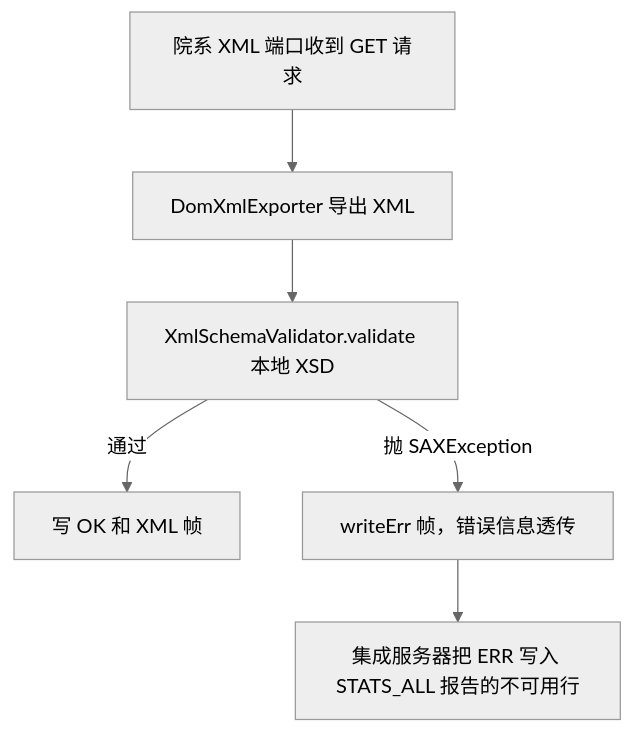
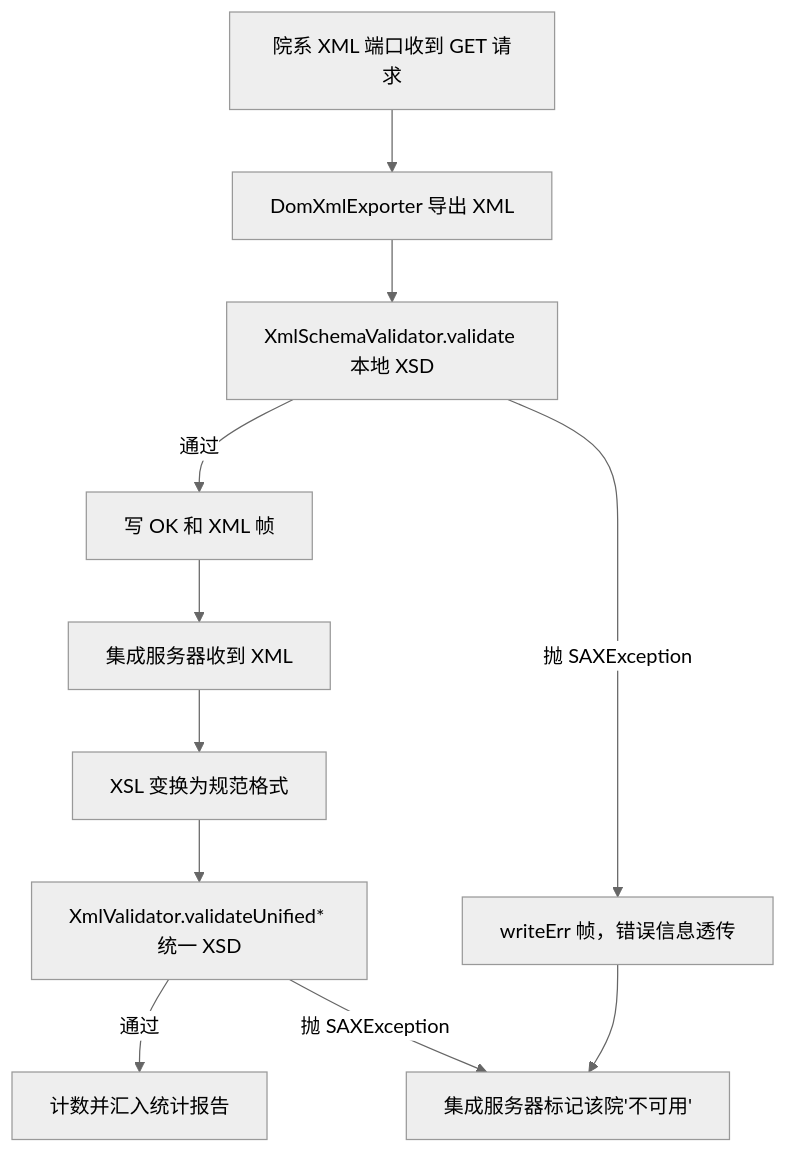
One commit to Yaelnju/integrated-edu changed the ninth of 9 diagrams in docs/报告.md. Above: the diagram before and after it, drawn with Mermaid (neutral theme). The commit also changed other lines of this file and 4 other files, not shown here.

First line of the commit message:
fix: XSD 补全约束 + 报告流程图修正

````diff
--- a/docs/报告.md
+++ b/docs/报告.md
@@ -456,8 +460,13 @@
 ```mermaid
 flowchart TD
     R["院系 XML 端口收到 GET 请求"] --> E["DomXmlExporter 导出 XML"]
     E --> V["XmlSchemaValidator.validate 本地 XSD"]
     V -- "通过" --> OK["写 OK 和 XML 帧"]
     V -- "抛 SAXException" --> ERR["writeErr 帧，错误信息透传"]
-    ERR --> CALLER["集成服务器把 ERR 写入 STATS_ALL 报告的不可用行"]
+    ERR --> CALLER["集成服务器标记该院'不可用'"]
+    OK --> IS["集成服务器收到 XML"]
+    IS --> XSL["XSL 变换为规范格式"]
+    XSL --> UV["XmlValidator.validateUnified* 统一 XSD"]
+    UV -- "通过" --> COUNT["计数并汇入统计报告"]
+    UV -- "抛 SAXException" --> CALLER
 ```
````
